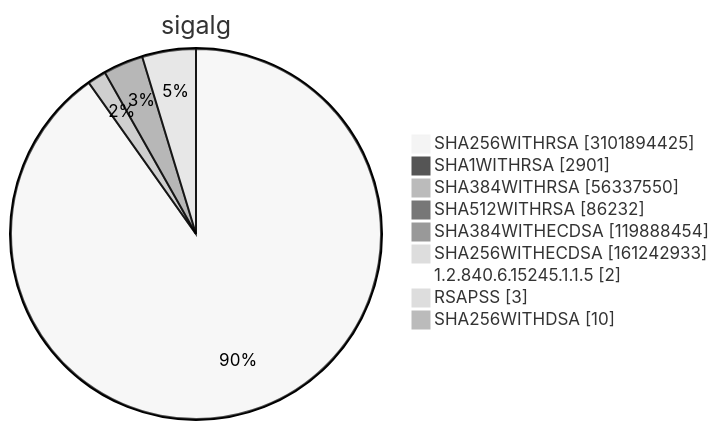
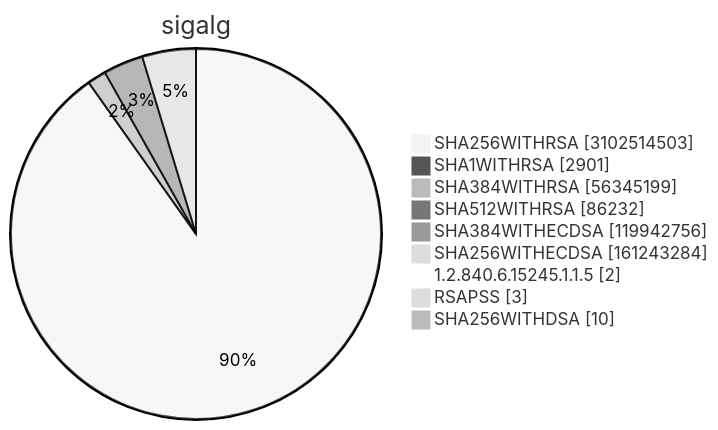
One commit to christiankrug/ctmonitor_visualization changed diagram 15 of 15 in TOTAL/README.md. Above: the diagram before and after it, drawn with Mermaid (neutral theme). The commit also changed other lines of this file, not shown here.

````diff
--- a/TOTAL/README.md
+++ b/TOTAL/README.md
@@ -6212,13 +6212,13 @@
 ```mermaid
 pie showData
 title sigalg
-"SHA256WITHRSA" :3101894425
+"SHA256WITHRSA" :3102514503
 "SHA1WITHRSA" :2901
-"SHA384WITHRSA" :56337550
+"SHA384WITHRSA" :56345199
 "SHA512WITHRSA" :86232
-"SHA384WITHECDSA" :119888454
-"SHA256WITHECDSA" :161242933
+"SHA384WITHECDSA" :119942756
+"SHA256WITHECDSA" :161243284
 "1.2.840.6.15245.1.1.5" :2
 "RSAPSS" :3
 "SHA256WITHDSA" :10
 ```
````
